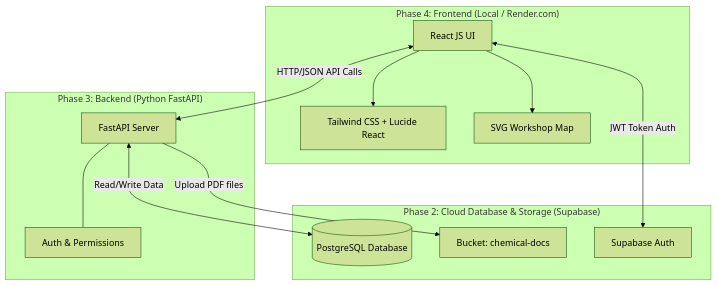
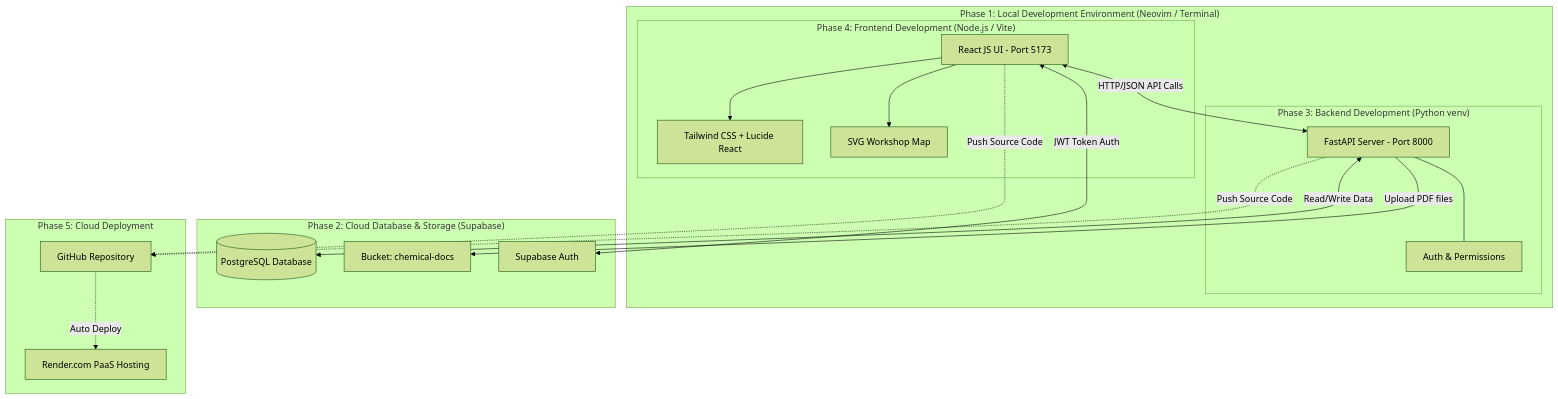
The first of 5 diagrams in README.md (kneknew/tremon_hse), drawn with Mermaid (forest theme) before and after one commit.

Commit message:
Update architecture diagram for frontend and backend phases

````diff
--- a/README.md
+++ b/README.md
@@ -25,28 +25,40 @@
 ```mermaid
 graph TD
-    subgraph "Phase 4: Frontend (Local / Render.com)"
-        UI[React JS UI]
-        Style[Tailwind CSS + Lucide React]
-        Map[SVG Workshop Map]
-        UI --> Style
-        UI --> Map
-    end
+    subgraph "Phase 1: Local Development Environment (Neovim / Terminal)"
+        subgraph "Phase 4: Frontend Development (Node.js / Vite)"
+            UI[React JS UI - Port 5173]
+            Style[Tailwind CSS + Lucide React]
+            Map[SVG Workshop Map]
+            UI --> Style
+            UI --> Map
+        end
 
-    subgraph "Phase 3: Backend (Python FastAPI)"
-        API[FastAPI Server]
-        Auth_Middleware[Auth & Permissions]
-        API --- Auth_Middleware
+        subgraph "Phase 3: Backend Development (Python venv)"
+            API[FastAPI Server - Port 8000]
+            Auth_Middleware[Auth & Permissions]
+            API --- Auth_Middleware
+        end
     end
 
     subgraph "Phase 2: Cloud Database & Storage (Supabase)"
         DB[(PostgreSQL Database)]
         Storage[Bucket: chemical-docs]
         SupabaseAuth[Supabase Auth]
     end
+    
+    subgraph "Phase 5: Cloud Deployment"
+        Render[Render.com PaaS Hosting]
+        GitHub[GitHub Repository]
+    end
+
+    %% Development Flow
+    UI -.->|Push Source Code| GitHub
+    API -.->|Push Source Code| GitHub
+    GitHub -.->|Auto Deploy| Render
 
     %% Communication Flow
     UI <-->|HTTP/JSON API Calls| API
     API <-->|Read/Write Data| DB
     API -->|Upload PDF files| Storage
     UI <-->|JWT Token Auth| SupabaseAuth
 ```
````
